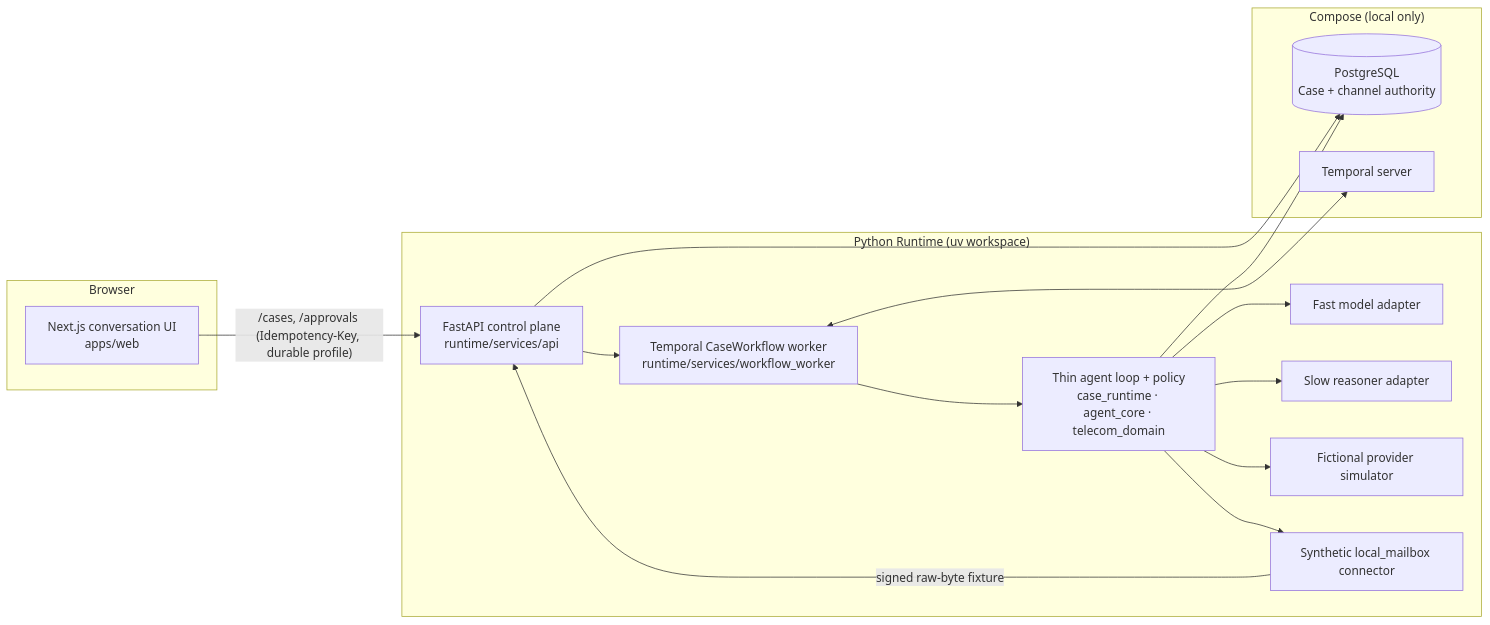
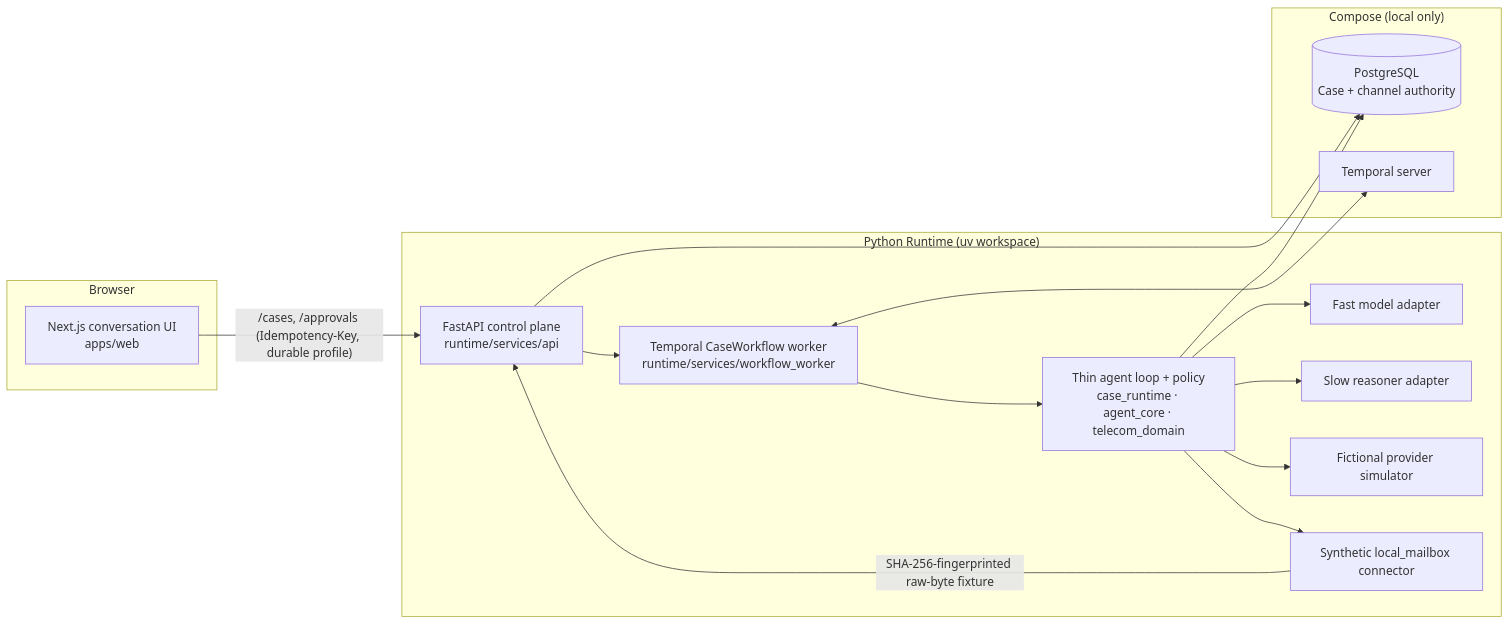
Before and after one commit to SimondXu/ProxyLoop: the diagram in README.md, drawn with Mermaid. The commit also changed other lines of this file and 7 other files, not shown here.

````diff
--- a/README.md
+++ b/README.md
@@ -59,30 +135,30 @@
 ```mermaid
 flowchart LR
     subgraph Browser
         WEB[Next.js conversation UI<br/>apps/web]
     end
     subgraph Runtime["Python Runtime (uv workspace)"]
         API[FastAPI control plane<br/>runtime/services/api]
         WF[Temporal CaseWorkflow worker<br/>runtime/services/workflow_worker]
         CORE[Thin agent loop + policy<br/>case_runtime · agent_core · telecom_domain]
         FAST[Fast model adapter]
         SLOW[Slow reasoner adapter]
         SIM[Fictional provider simulator]
         MAIL[Synthetic local_mailbox connector]
     end
     subgraph Infra["Compose (local only)"]
         PG[(PostgreSQL<br/>Case + channel authority)]
         TEMP[Temporal server]
     end
     WEB -- "/cases, /approvals (Idempotency-Key, durable profile)" --> API
     API --> WF
     WF <--> TEMP
     WF --> CORE
     CORE --> FAST
     CORE --> SLOW
     CORE --> SIM
     CORE --> MAIL
     API --> PG
     CORE --> PG
-    MAIL -- "signed raw-byte fixture" --> API
+    MAIL -- "SHA-256-fingerprinted raw-byte fixture" --> API
 ```
````
